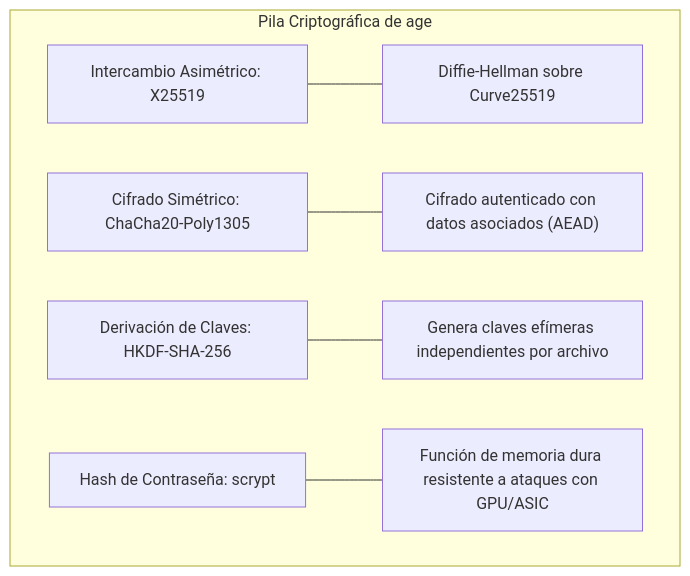
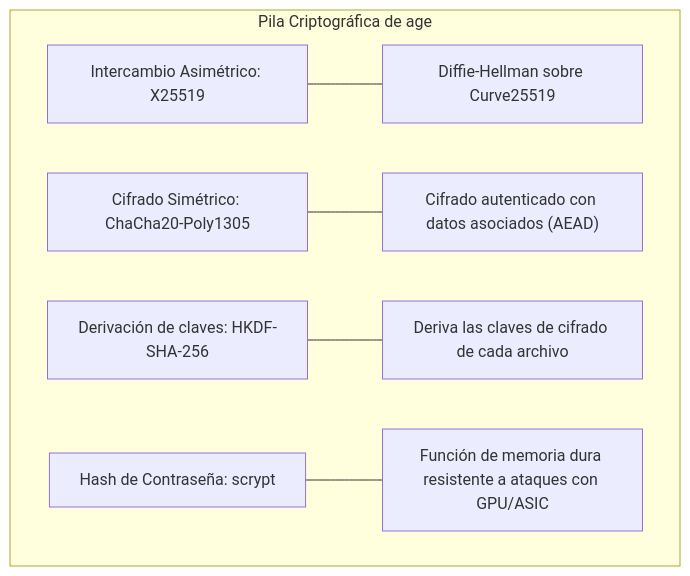
One commit to jose-oc/joseoc-dev changed the second of 3 diagrams in src/content/es/how-to/age-file-encryption.md. Above: the diagram before and after it, drawn with Mermaid. The commit also changed other lines of this file and 1 other file, not shown here.

````diff
--- a/src/content/es/how-to/age-file-encryption.md
+++ b/src/content/es/how-to/age-file-encryption.md
@@ -76,9 +76,9 @@
 ```mermaid
 flowchart TD
     subgraph Primitivas ["Pila Criptográfica de age"]
         A["Intercambio Asimétrico: X25519"] --- B["Diffie-Hellman sobre Curve25519"]
         C["Cifrado Simétrico: ChaCha20-Poly1305"] --- D["Cifrado autenticado con datos asociados (AEAD)"]
-        E["Derivación de Claves: HKDF-SHA-256"] --- F["Genera claves efímeras independientes por archivo"]
+        E["Derivación de claves: HKDF-SHA-256"] --- F["Deriva las claves de cifrado de cada archivo"]
         G["Hash de Contraseña: scrypt"] --- H["Función de memoria dura resistente a ataques con GPU/ASIC"]
     end
 ```
````
